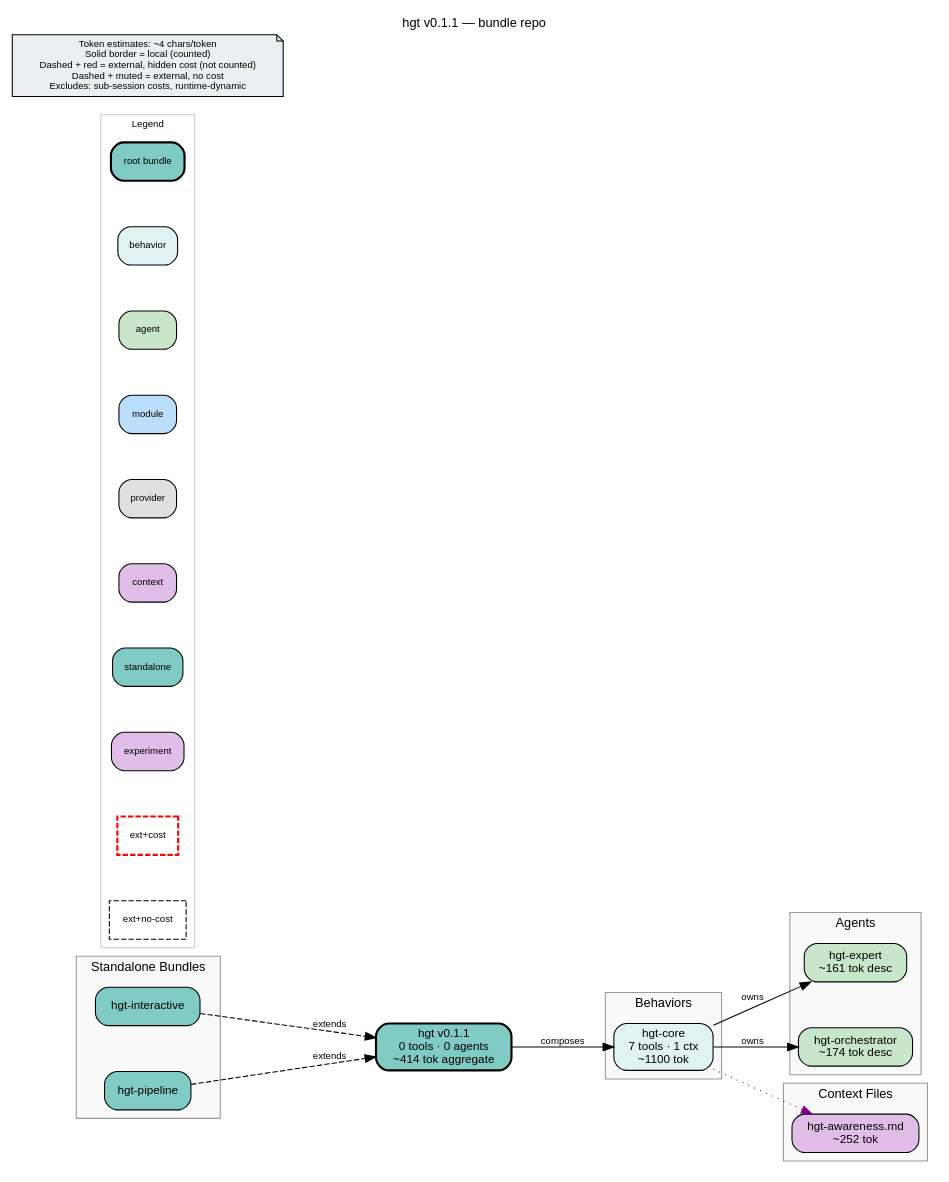
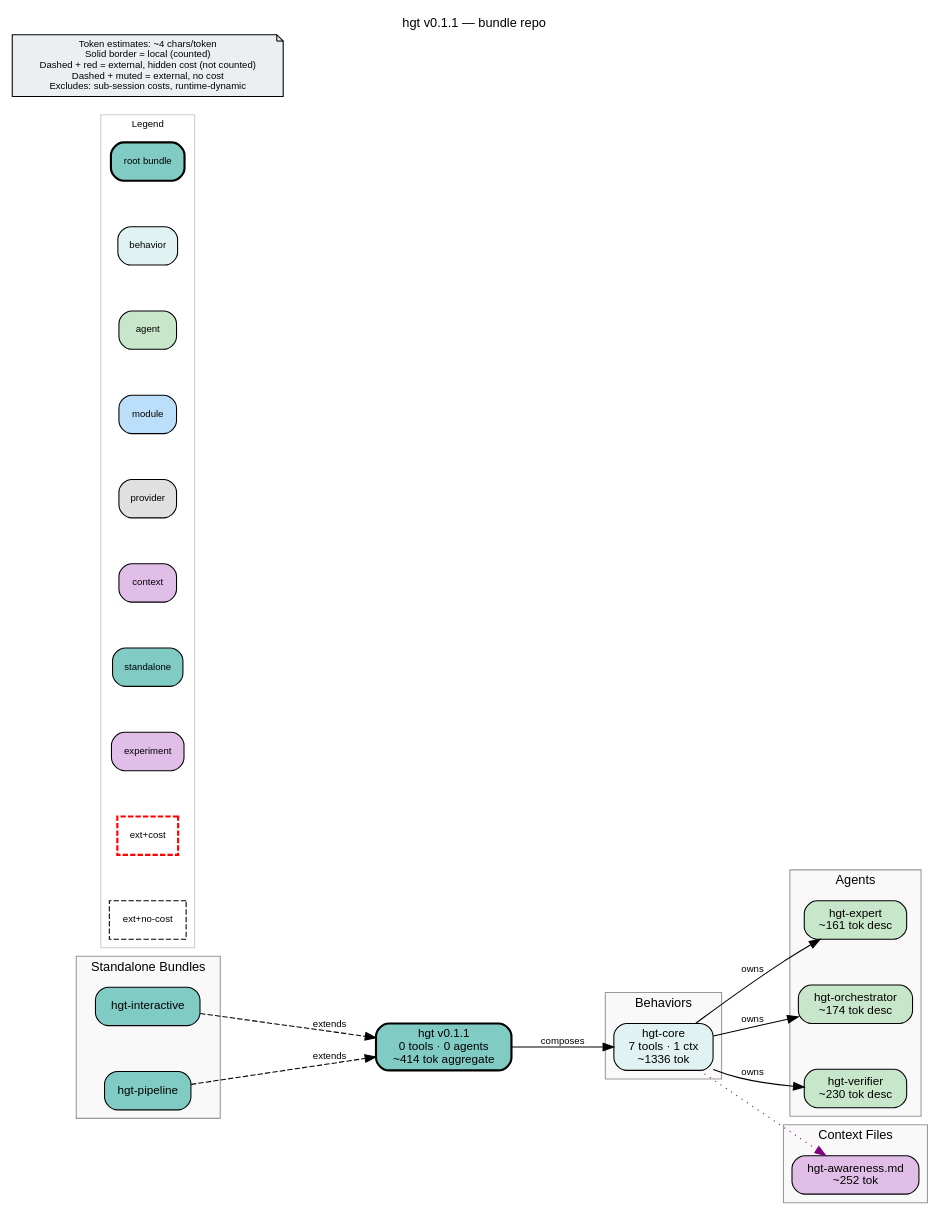
The diagram in bundle.dot (michaeljabbour/amplifier-bundle-genetransfer), drawn with Graphviz before and after one commit. The commit also changed 18 other files, not shown here.

```diff
--- a/bundle.dot
+++ b/bundle.dot
@@ -1,84 +1,86 @@
 digraph hgt {
     rankdir=LR
     fontname="Helvetica"
     fontsize=12
     label="hgt v0.1.1 — bundle repo"
     labelloc=t
     labeljust=c
     nodesep=0.6
     ranksep=0.7
     bgcolor="white"
-    source_hash="657403bffa44748f8d6b5641e23995c31f4f976fdf98ded6d19bfb4ef7c58e11"
+    source_hash="29c2df7f6bc4cd2d4a0f88307b1e862fa63e3b6bc51dcb19fb45231f7fe2a48e"
 
     node [fontname="Helvetica", fontsize=11, style="filled,rounded"]
     edge [fontname="Helvetica", fontsize=9]
 
     root_hgt [label="hgt v0.1.1\n0 tools · 0 agents\n~414 tok aggregate", shape=box, fillcolor="#80cbc4", style="filled,rounded,bold", penwidth=2]
 
     subgraph cluster_behaviors {
         label="Behaviors"
         style="filled"
         fillcolor="#f9f9f9"
         color="#999999"
 
-        beh_hgt_core [label="hgt-core\n7 tools · 1 ctx\n~1100 tok", shape=box, fillcolor="#e0f2f1", style="filled,rounded"]
+        beh_hgt_core [label="hgt-core\n7 tools · 1 ctx\n~1336 tok", shape=box, fillcolor="#e0f2f1", style="filled,rounded"]
     }
 
     subgraph cluster_standalones {
         label="Standalone Bundles"
         style="filled"
         fillcolor="#f9f9f9"
         color="#999999"
 
         sta_hgt_interactive [label="hgt-interactive", shape=box, fillcolor="#80cbc4", style="filled,rounded"]
         sta_hgt_pipeline [label="hgt-pipeline", shape=box, fillcolor="#80cbc4", style="filled,rounded"]
     }
 
     subgraph cluster_agents {
         label="Agents"
         style="filled"
         fillcolor="#f9f9f9"
         color="#999999"
 
         agt_hgt_expert [label="hgt-expert\n~161 tok desc", shape=box, fillcolor="#c8e6c9", style="filled,rounded"]
         agt_hgt_orchestrator [label="hgt-orchestrator\n~174 tok desc", shape=box, fillcolor="#c8e6c9", style="filled,rounded"]
+        agt_hgt_verifier [label="hgt-verifier\n~230 tok desc", shape=box, fillcolor="#c8e6c9", style="filled,rounded"]
     }
 
     subgraph cluster_context {
         label="Context Files"
         style="filled"
         fillcolor="#f9f9f9"
         color="#999999"
 
         ctx_hgt_awareness_md [label="hgt-awareness.md\n~252 tok", shape=box, fillcolor="#e1bee7", style="filled,rounded"]
     }
 
     subgraph cluster_legend {
         label="Legend"
         style="filled"
         fillcolor="white"
         color="#cccccc"
         fontsize=9
 
         leg_root [label="root bundle", shape=box, fillcolor="#80cbc4", style="filled,rounded,bold", fontsize=9]
         leg_behavior [label="behavior", shape=box, fillcolor="#e0f2f1", style="filled,rounded", fontsize=9]
         leg_agent [label="agent", shape=box, fillcolor="#c8e6c9", style="filled,rounded", fontsize=9]
         leg_module [label="module", shape=box, fillcolor="#bbdefb", style="filled,rounded", fontsize=9]
         leg_provider [label="provider", shape=box, fillcolor="#e0e0e0", style="filled,rounded", fontsize=9]
         leg_context [label="context", shape=box, fillcolor="#e1bee7", style="filled,rounded", fontsize=9]
         leg_standalone [label="standalone", shape=box, fillcolor="#80cbc4", style="filled,rounded", fontsize=9]
         leg_experiment [label="experiment", shape=box, fillcolor="#e1bee7", style="filled,rounded", fontsize=9]
         leg_ext_cost [label="ext+cost", shape=box, fillcolor="#80cbc4", style="dashed", color="red", penwidth=2, fontsize=9]
         leg_ext_muted [label="ext+no-cost", shape=box, fillcolor="#f5f5f5", style="dashed", fontsize=9]
     }
 
     disclaimer [label="Token estimates: ~4 chars/token\nSolid border = local (counted)\nDashed + red = external, hidden cost (not counted)\nDashed + muted = external, no cost\nExcludes: sub-session costs, runtime-dynamic", shape=note, fillcolor="#eceff1", style="filled", fontsize=9]
 
 
     root_hgt -> beh_hgt_core [label="composes"]
     beh_hgt_core -> agt_hgt_orchestrator [label="owns"]
+    beh_hgt_core -> agt_hgt_verifier [label="owns"]
     beh_hgt_core -> agt_hgt_expert [label="owns"]
     beh_hgt_core -> ctx_hgt_awareness_md [style=dotted, color=purple]
     sta_hgt_interactive -> root_hgt [label="extends", style=dashed]
     sta_hgt_pipeline -> root_hgt [label="extends", style=dashed]
 }
```
